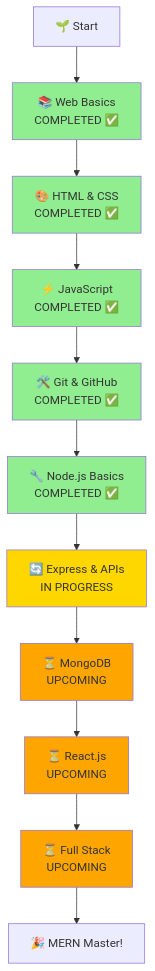
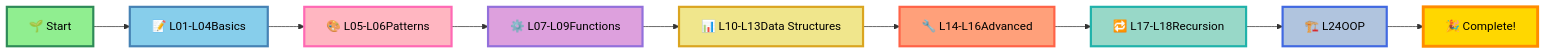
Before and after one commit to ranichandnirani/Complete-Web-Development-step-by-step: the diagram in README.md, drawn with Mermaid. The commit also changed other lines of this file, not shown here.

Commit message:
update readme file

````diff
--- a/README.md
+++ b/README.md
@@ -186,23 +186,21 @@
 ```mermaid
-graph TD
-    A[🌱 Start] --> B[📚 Web Basics<br/>COMPLETED ✅]
-    B --> C[🎨 HTML & CSS<br/>COMPLETED ✅]
-    C --> D[⚡ JavaScript<br/>COMPLETED ✅]
-    D --> E[🛠️ Git & GitHub<br/>COMPLETED ✅]
-    E --> F[🔧 Node.js Basics<br/>COMPLETED ✅]
-    F --> G[🔄 Express & APIs<br/>IN PROGRESS]
-    G --> H[⏳ MongoDB<br/>UPCOMING]
-    H --> I[⏳ React.js<br/>UPCOMING]
-    I --> J[⏳ Full Stack<br/>UPCOMING]
-    J --> K[🎉 MERN Master!]
+graph LR
+    A[🌱 Start] --> B[📝 L01-L04Basics]
+    B --> C[🎨 L05-L06Patterns]
+    C --> D[⚙️ L07-L09Functions]
+    D --> E[📊 L10-L13Data Structures]
+    E --> F[🔧 L14-L16Advanced]
+    F --> G[🔁 L17-L18Recursion]
+    G --> H[🏗️ L24OOP]
+    H --> I[🎉 Complete!]
     
-    style B fill:#90EE90
-    style C fill:#90EE90
-    style D fill:#90EE90
-    style E fill:#90EE90
-    style F fill:#90EE90
-    style G fill:#FFD700
-    style H fill:#FFA500
-    style I fill:#FFA500
-    style J fill:#FFA500
+    style A fill:#90EE90,stroke:#2E8B57,stroke-width:3px,color:#000
+    style B fill:#87CEEB,stroke:#4682B4,stroke-width:3px,color:#000
+    style C fill:#FFB6C1,stroke:#FF69B4,stroke-width:3px,color:#000
+    style D fill:#DDA0DD,stroke:#9370DB,stroke-width:3px,color:#000
+    style E fill:#F0E68C,stroke:#DAA520,stroke-width:3px,color:#000
+    style F fill:#FFA07A,stroke:#FF6347,stroke-width:3px,color:#000
+    style G fill:#98D8C8,stroke:#20B2AA,stroke-width:3px,color:#000
+    style H fill:#B0C4DE,stroke:#4169E1,stroke-width:3px,color:#000
+    style I fill:#FFD700,stroke:#FF8C00,stroke-width:4px,color:#000
 ```
````
